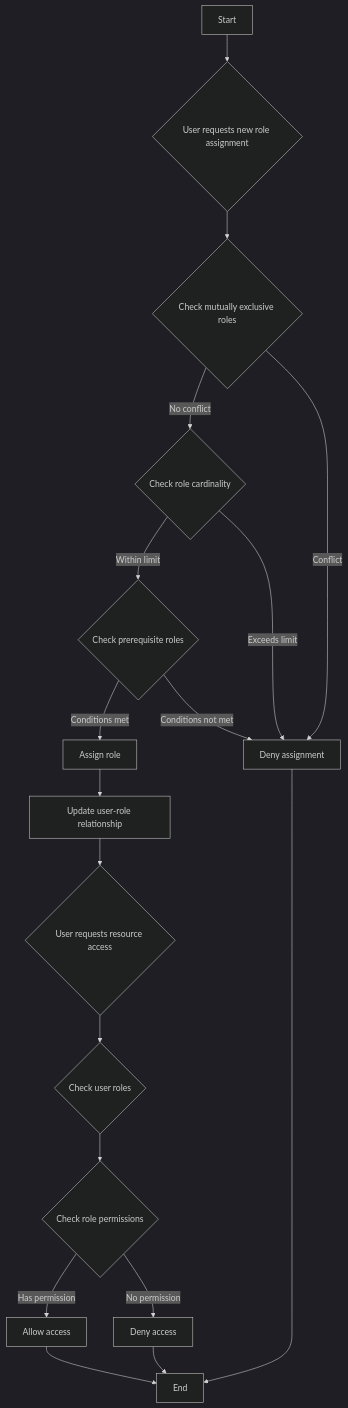
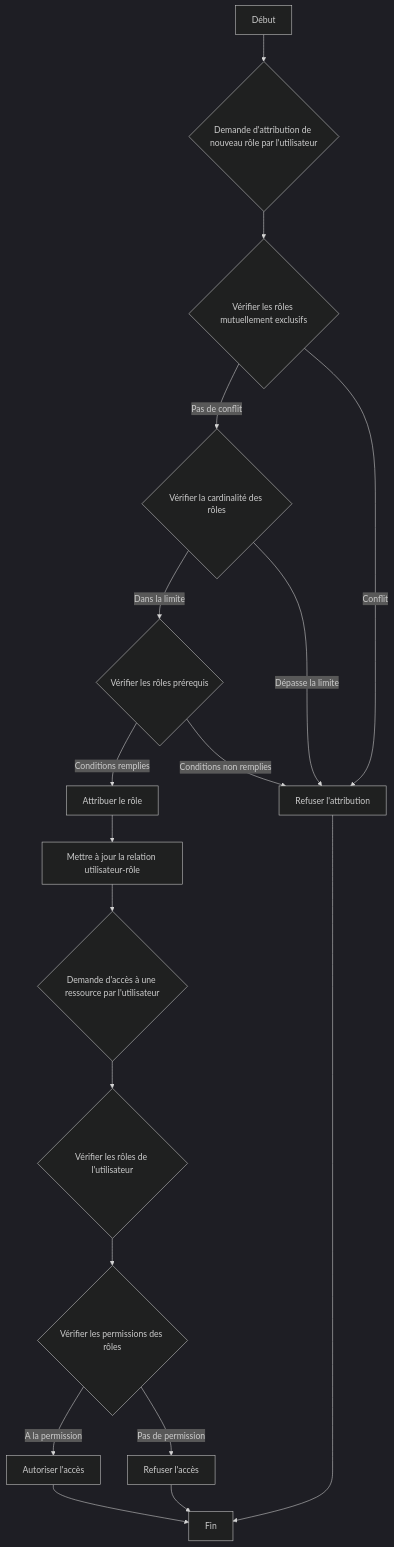
Before and after one commit to logto-io/auth-wiki: the fourth of 4 diagrams in src/content/terms/fr/rbac.mdx, drawn with Mermaid (dark theme). The commit also changed other lines of this file and 98 other files, not shown here.

````diff
--- a/src/content/terms/fr/rbac.mdx
+++ b/src/content/terms/fr/rbac.mdx
@@ -154,20 +259,20 @@
 ```mermaid
 graph TD
-    A[Start] --> B{User requests new role assignment}
-    B --> C{Check mutually exclusive roles}
-    C -->|No conflict| D{Check role cardinality}
-    C -->|Conflict| M[Deny assignment]
-    D -->|Within limit| E{Check prerequisite roles}
-    D -->|Exceeds limit| M
-    E -->|Conditions met| F[Assign role]
-    E -->|Conditions not met| M
-    F --> G[Update user-role relationship]
-    G --> H{User requests resource access}
-    H --> I{Check user roles}
-    I --> J{Check role permissions}
-    J -->|Has permission| K[Allow access]
-    J -->|No permission| L[Deny access]
-    K --> N[End]
+    A[Début] --> B{Demande d'attribution de nouveau rôle par l'utilisateur}
+    B --> C{Vérifier les rôles mutuellement exclusifs}
+    C -->|Pas de conflit| D{Vérifier la cardinalité des rôles}
+    C -->|Conflit| M[Refuser l'attribution]
+    D -->|Dans la limite| E{Vérifier les rôles prérequis}
+    D -->|Dépasse la limite| M
+    E -->|Conditions remplies| F[Attribuer le rôle]
+    E -->|Conditions non remplies| M
+    F --> G[Mettre à jour la relation utilisateur-rôle]
+    G --> H{Demande d'accès à une ressource par l'utilisateur}
+    H --> I{Vérifier les rôles de l'utilisateur}
+    I --> J{Vérifier les permissions des rôles}
+    J -->|A la permission| K[Autoriser l'accès]
+    J -->|Pas de permission| L[Refuser l'accès]
+    K --> N[Fin]
     L --> N
     M --> N
 ```
````
